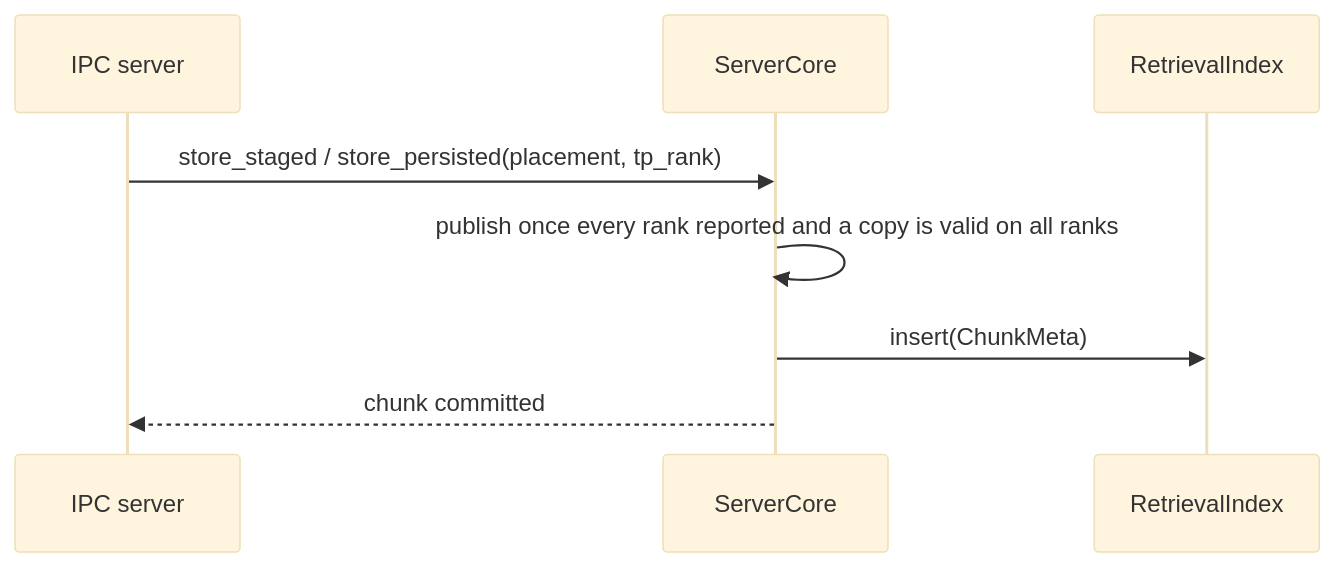
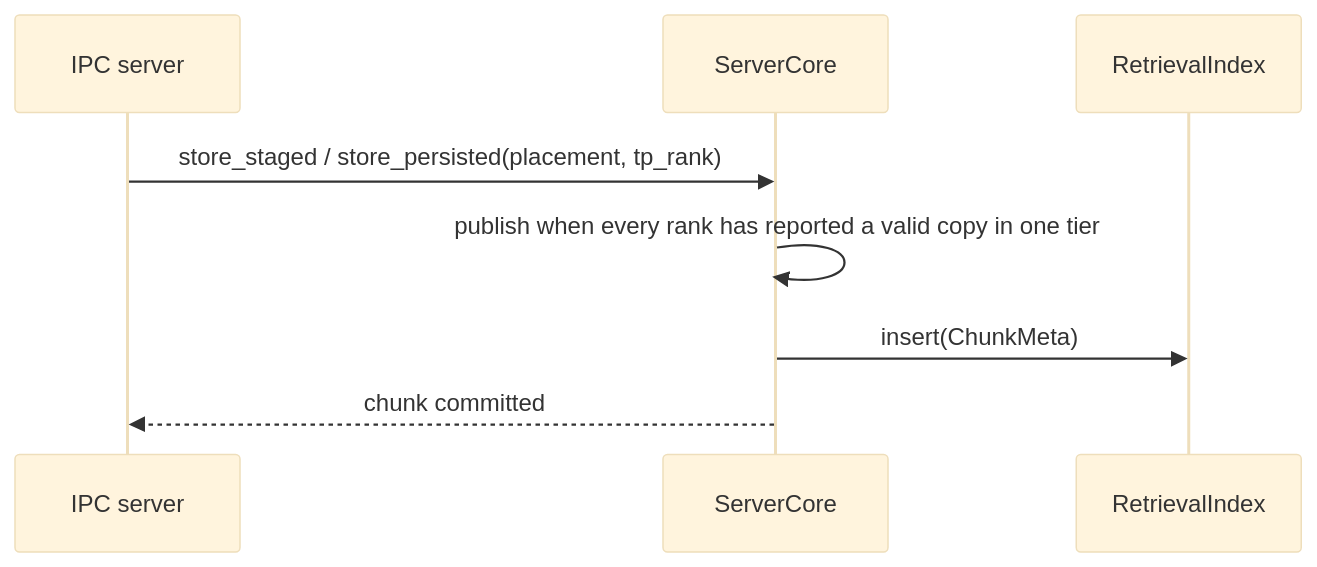
Before and after one commit to 7774596/DaseR: the fifth of 8 diagrams in docs/design/flows.md, drawn with Mermaid (base theme). The commit also changed other lines of this file and 11 other files, not shown here.

First line of the commit message:
docs(server): sync architecture and design documentation

````diff
--- a/docs/design/flows.md
+++ b/docs/design/flows.md
@@ -151,11 +178,11 @@
 ```mermaid
 sequenceDiagram
     participant IPC as IPC server
     participant C as ServerCore
     participant RI as RetrievalIndex
 
     IPC->>C: store_staged / store_persisted(placement, tp_rank)
-    C->>C: publish once every rank reported and a copy is valid on all ranks
+    C->>C: publish when every rank has reported a valid copy in one tier
     C->>RI: insert(ChunkMeta)
     C-->>IPC: chunk committed
 ```
````
